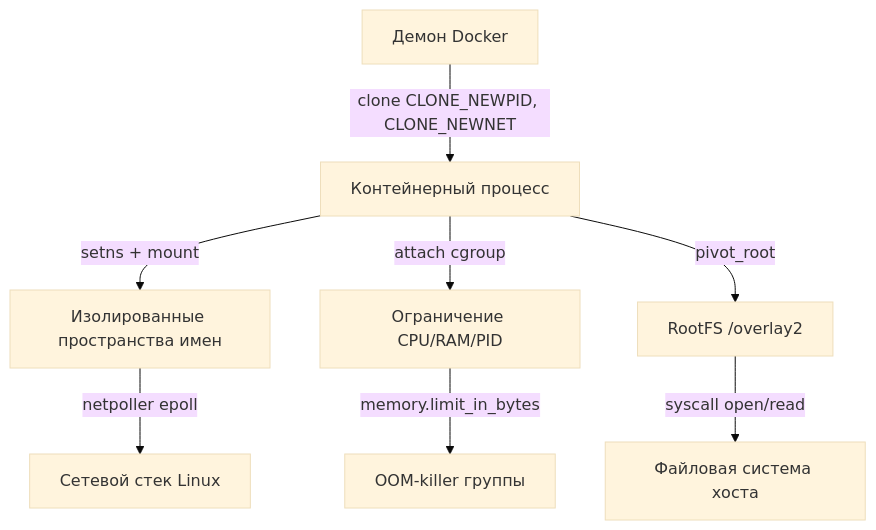
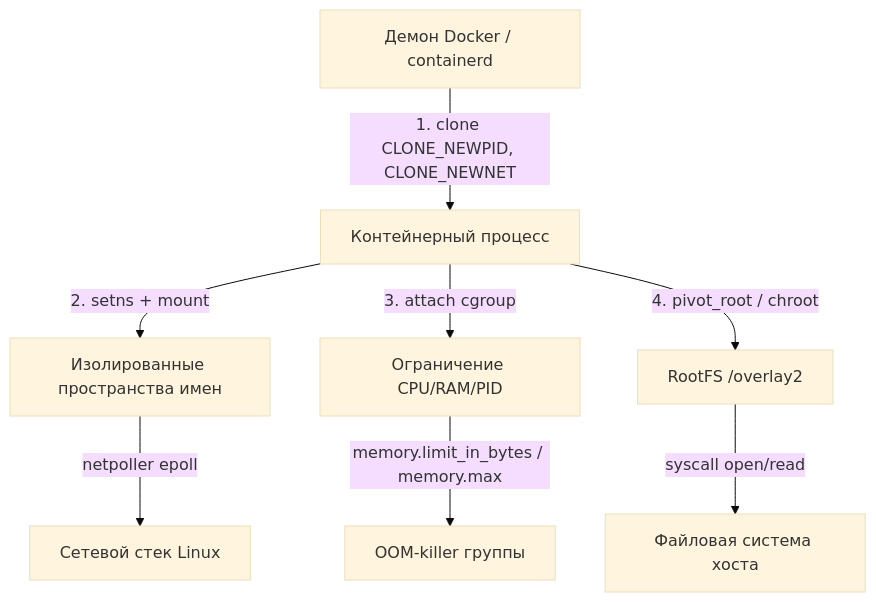
Before and after one commit to UnrealTemplier/go-textbook: the second of 2 diagrams in sources/2. Устройство и работа ОС/54. Изоляция процессов в Linux.md, drawn with Mermaid (base theme). The commit also changed other lines of this file, not shown here.

Commit message:
feat(module-02): editorial rewrite of Lecture 54 (Process Isolation, Namespaces, cgroups, PID 1 signals, GOMAXPROCS) in Kernighan style

````diff
--- a/sources/2. Устройство и работа ОС/54. Изоляция процессов в Linux.md
+++ b/sources/2. Устройство и работа ОС/54. Изоляция процессов в Linux.md
@@ -49,10 +104,10 @@
 ```mermaid
 flowchart TD
-    A[Демон Docker] -->|"clone CLONE_NEWPID, CLONE_NEWNET"| B[Контейнерный процесс]
-    B -->|"setns + mount"| C[Изолированные пространства имен]
-    B -->|"attach cgroup"| D[Ограничение CPU/RAM/PID]
-    B -->|"pivot_root"| E[RootFS /overlay2]
-    C -->|"netpoller epoll"| F[Сетевой стек Linux]
-    D -->|"memory.limit_in_bytes"| G[OOM-killer группы]
-    E -->|"syscall open/read"| H[Файловая система хоста]
+    A["Демон Docker / containerd"] -->|"1. clone CLONE_NEWPID, CLONE_NEWNET"| B["Контейнерный процесс"]
+    B -->|"2. setns + mount"| C["Изолированные пространства имен"]
+    B -->|"3. attach cgroup"| D["Ограничение CPU/RAM/PID"]
+    B -->|"4. pivot_root / chroot"| E["RootFS /overlay2"]
+    C -->|"netpoller epoll"| F["Сетевой стек Linux"]
+    D -->|"memory.limit_in_bytes / memory.max"| G["OOM-killer группы"]
+    E -->|"syscall open/read"| H["Файловая система хоста"]
 ```
````
